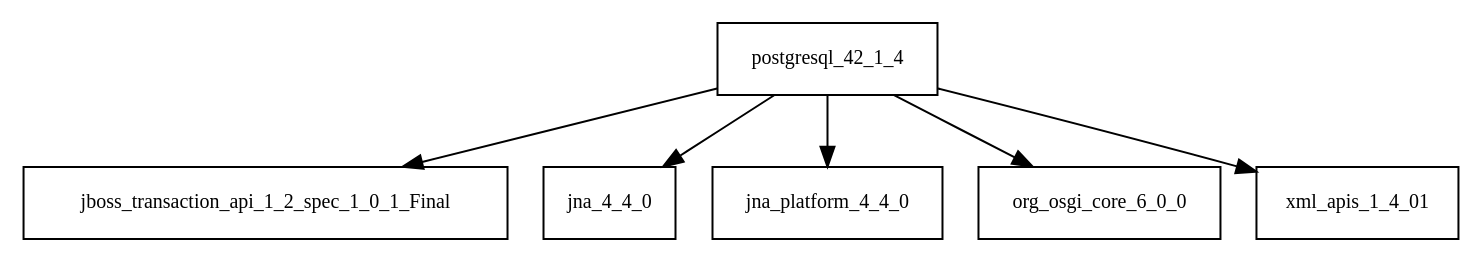
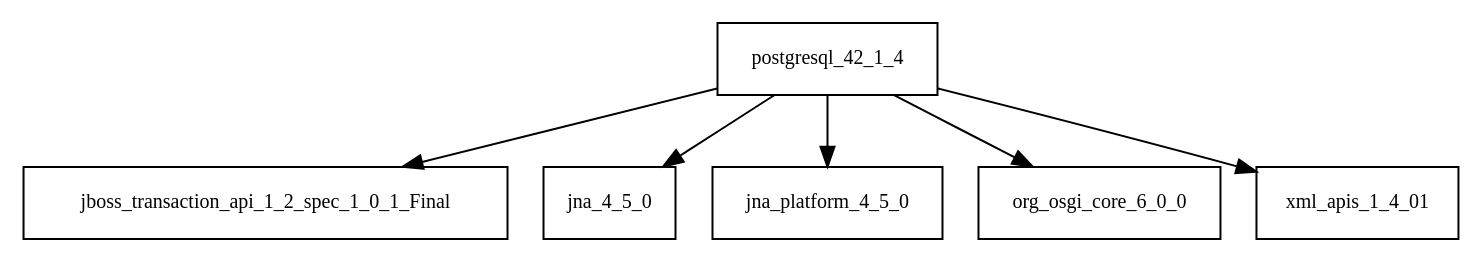
Before and after one commit to AglaianWoman/cia: the diagram in tattleTaleReport/graphviz/postgresql-42.1.4.jar/postgresql-42.1.4.jar.dot, drawn with Graphviz. The commit also changed 3333 other files, not shown here.

```diff
--- a/tattleTaleReport/graphviz/postgresql-42.1.4.jar/postgresql-42.1.4.jar.dot
+++ b/tattleTaleReport/graphviz/postgresql-42.1.4.jar/postgresql-42.1.4.jar.dot
@@ -1,8 +1,8 @@
 digraph postgresql_42_1_4_dependencies {
   node [shape = box, fontsize=10.0];
   postgresql_42_1_4 -> jboss_transaction_api_1_2_spec_1_0_1_Final;
-  postgresql_42_1_4 -> jna_4_4_0;
-  postgresql_42_1_4 -> jna_platform_4_4_0;
+  postgresql_42_1_4 -> jna_4_5_0;
+  postgresql_42_1_4 -> jna_platform_4_5_0;
   postgresql_42_1_4 -> org_osgi_core_6_0_0;
   postgresql_42_1_4 -> xml_apis_1_4_01;
 }
```
